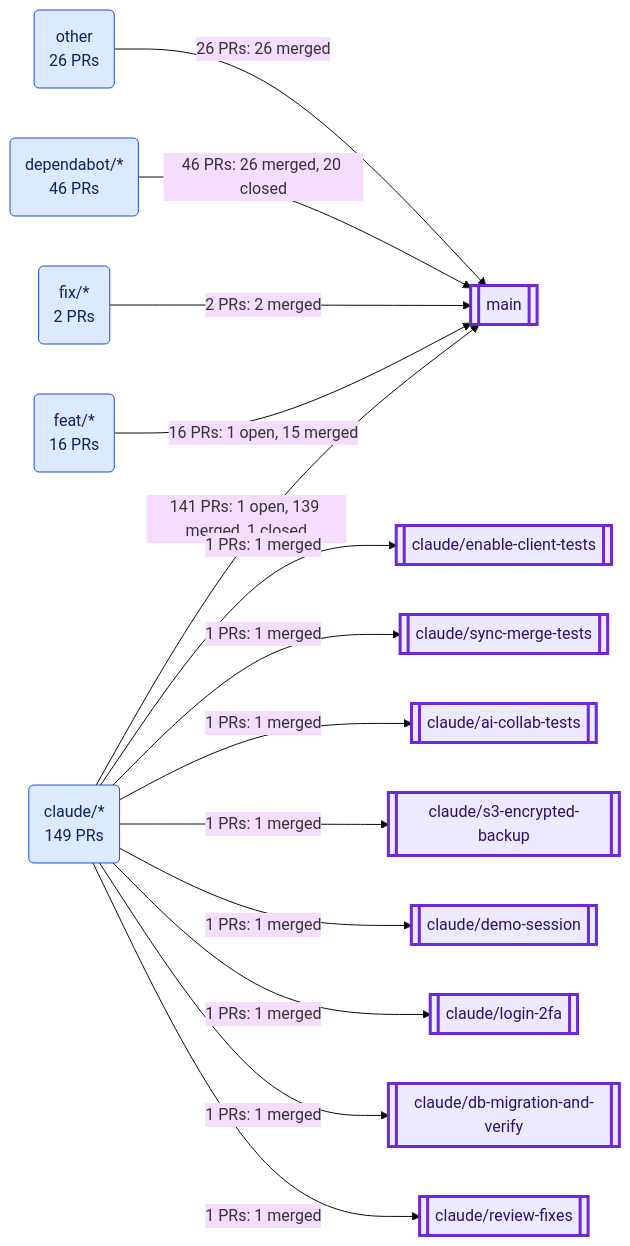
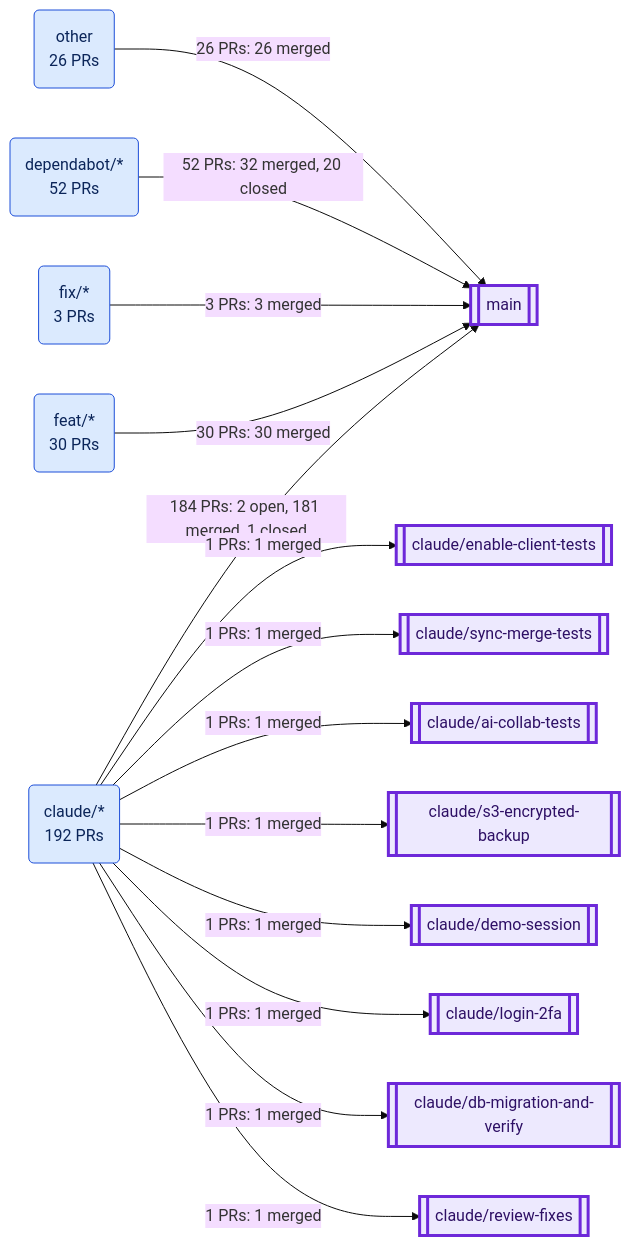
The first of 7 diagrams in docs/PR_BRANCH_VISUALIZATION.md (VijayKumaro7/NotionAI_Notepad), drawn with Mermaid (base theme) before and after one commit. The commit also changed other lines of this file and 2 other files, not shown here.

````diff
--- a/docs/PR_BRANCH_VISUALIZATION.md
+++ b/docs/PR_BRANCH_VISUALIZATION.md
@@ -37,35 +37,35 @@
 ```mermaid
 flowchart LR
-  g0("claude/*<br/>149 PRs"):::source
-  g1("dependabot/*<br/>46 PRs"):::source
-  g2("feat/*<br/>16 PRs"):::source
-  g3("fix/*<br/>2 PRs"):::source
+  g0("claude/*<br/>192 PRs"):::source
+  g1("dependabot/*<br/>52 PRs"):::source
+  g2("feat/*<br/>30 PRs"):::source
+  g3("fix/*<br/>3 PRs"):::source
   g4("other<br/>26 PRs"):::source
-  b7[["claude/ai-collab-tests"]]:::target
-  b18[["claude/db-migration-and-verify"]]:::target
-  b20[["claude/demo-session"]]:::target
-  b24[["claude/enable-client-tests"]]:::target
-  b37[["claude/login-2fa"]]:::target
-  b46[["claude/review-fixes"]]:::target
-  b47[["claude/s3-encrypted-backup"]]:::target
-  b61[["claude/sync-merge-tests"]]:::target
-  b133[["main"]]:::target
-  g4 -->|"26 PRs: 26 merged"| b133
-  g0 -->|"141 PRs: 1 open, 139 merged, 1 closed"| b133
+  b8[["claude/ai-collab-tests"]]:::target
+  b24[["claude/db-migration-and-verify"]]:::target
+  b26[["claude/demo-session"]]:::target
+  b31[["claude/enable-client-tests"]]:::target
+  b48[["claude/login-2fa"]]:::target
+  b63[["claude/review-fixes"]]:::target
+  b64[["claude/s3-encrypted-backup"]]:::target
+  b82[["claude/sync-merge-tests"]]:::target
+  b184[["main"]]:::target
+  g4 -->|"26 PRs: 26 merged"| b184
+  g0 -->|"184 PRs: 2 open, 181 merged, 1 closed"| b184
+  g0 -->|"1 PRs: 1 merged"| b31
+  g0 -->|"1 PRs: 1 merged"| b82
+  g0 -->|"1 PRs: 1 merged"| b8
+  g0 -->|"1 PRs: 1 merged"| b64
+  g0 -->|"1 PRs: 1 merged"| b26
+  g1 -->|"52 PRs: 32 merged, 20 closed"| b184
+  g0 -->|"1 PRs: 1 merged"| b48
   g0 -->|"1 PRs: 1 merged"| b24
-  g0 -->|"1 PRs: 1 merged"| b61
-  g0 -->|"1 PRs: 1 merged"| b7
-  g0 -->|"1 PRs: 1 merged"| b47
-  g0 -->|"1 PRs: 1 merged"| b20
-  g1 -->|"46 PRs: 26 merged, 20 closed"| b133
-  g0 -->|"1 PRs: 1 merged"| b37
-  g0 -->|"1 PRs: 1 merged"| b18
-  g0 -->|"1 PRs: 1 merged"| b46
-  g3 -->|"2 PRs: 2 merged"| b133
-  g2 -->|"16 PRs: 1 open, 15 merged"| b133
+  g0 -->|"1 PRs: 1 merged"| b63
+  g3 -->|"3 PRs: 3 merged"| b184
+  g2 -->|"30 PRs: 30 merged"| b184
   classDef source fill:#dbeafe,stroke:#1d4ed8,color:#0b2559
   classDef target fill:#ede9fe,stroke:#6d28d9,stroke-width:3px,color:#2e1065
   classDef open fill:#fef3c7,stroke:#b45309,stroke-width:2px,color:#451a03
   classDef merged fill:#dcfce7,stroke:#15803d,color:#052e16
   classDef closed fill:#f3f4f6,stroke:#b91c1c,stroke-dasharray:5 3,color:#111827
 ```
````
